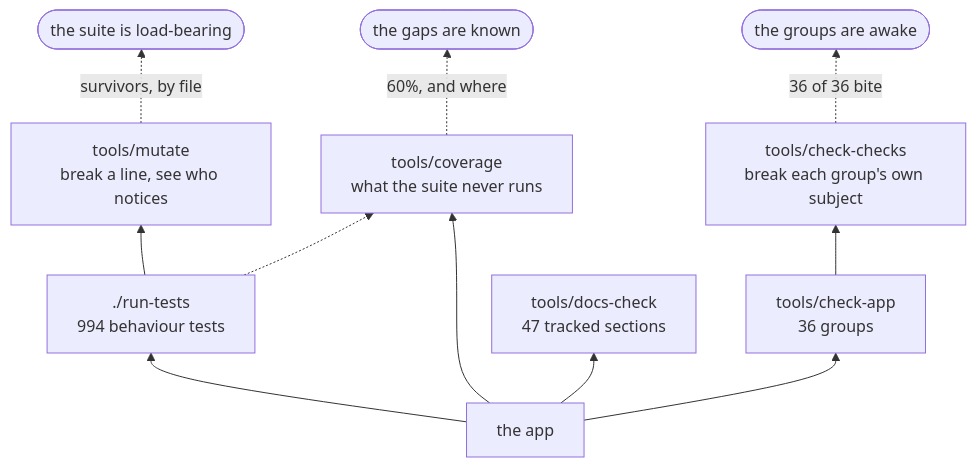
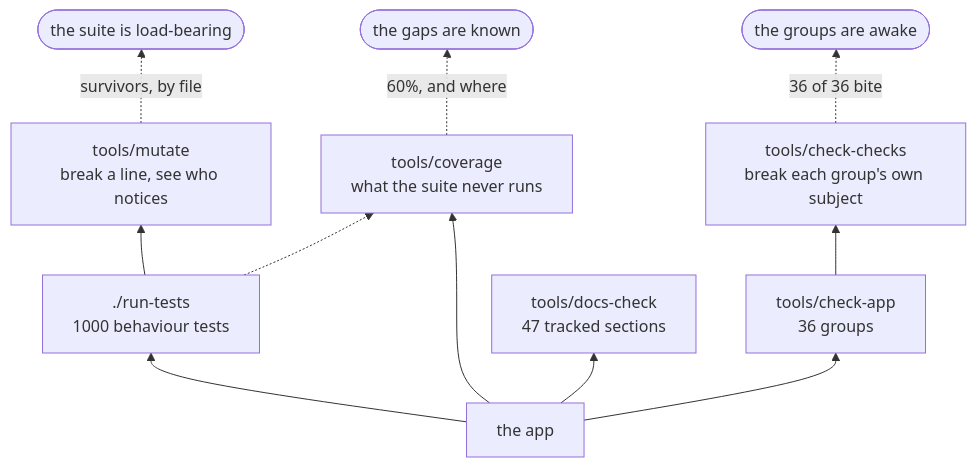
Before and after one commit to minormending/crystal-pilot-mobile: the second of 3 diagrams in docs/DEVELOPING.md, drawn with Mermaid. The commit also changed other lines of this file and 8 other files, not shown here.

````diff
--- a/docs/DEVELOPING.md
+++ b/docs/DEVELOPING.md
@@ -156,13 +156,13 @@
 ```mermaid
 flowchart BT
-    C["the app"] --> T["./run-tests<br/>994 behaviour tests"]
+    C["the app"] --> T["./run-tests<br/>1000 behaviour tests"]
     C --> A["tools/check-app<br/>36 groups"]
     C --> D["tools/docs-check<br/>47 tracked sections"]
     C --> V["tools/coverage<br/>what the suite never runs"]
     T --> M["tools/mutate<br/>break a line, see who notices"]
     A --> K["tools/check-checks<br/>break each group's own subject"]
     T -.-> V
     M -.->|"survivors, by file"| R(["the suite is load-bearing"])
     K -.->|"36 of 36 bite"| R2(["the groups are awake"])
     V -.->|"60%, and where"| R3(["the gaps are known"])
 ```
````
